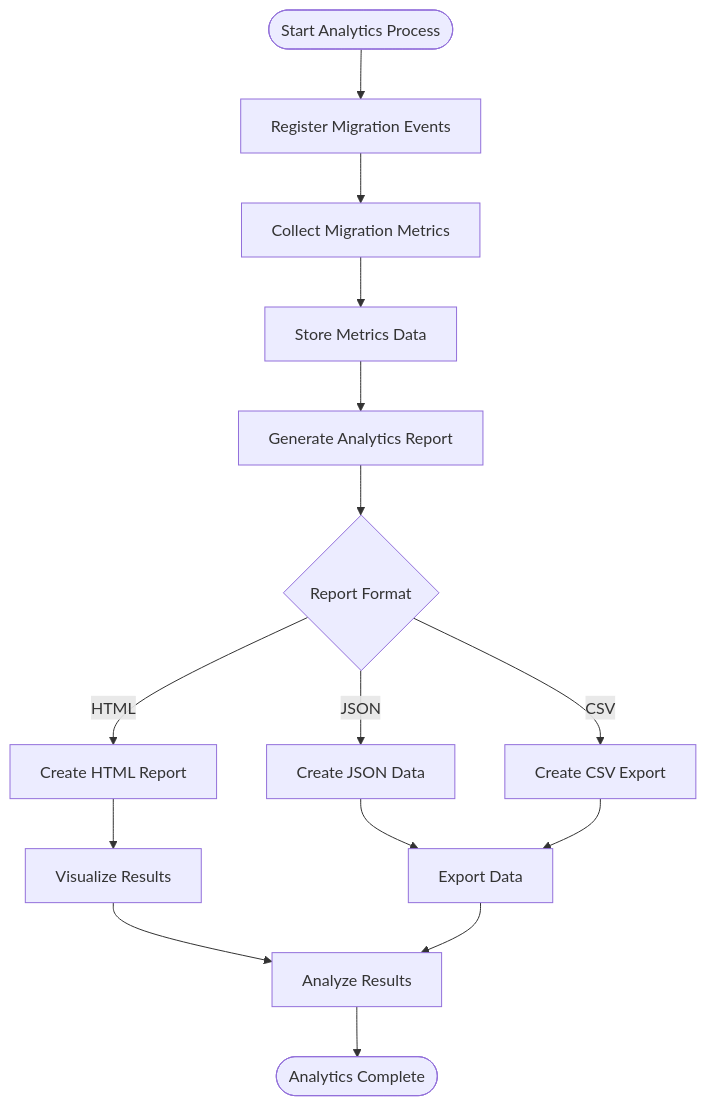
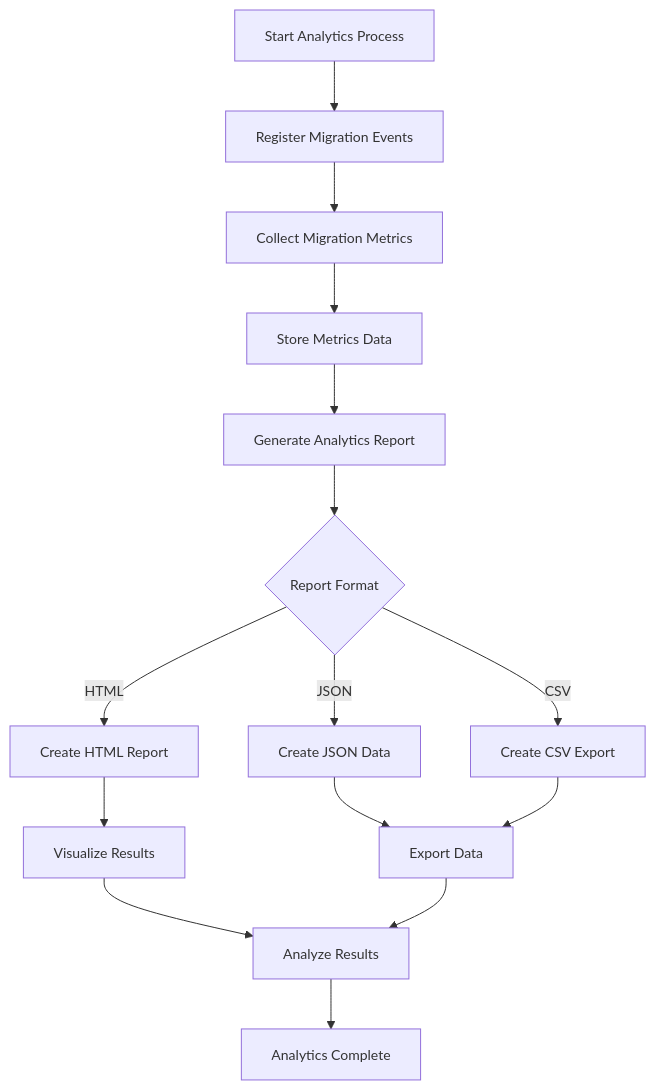
The fifth of 5 diagrams in docs/Workflow-Diagrams.md (alphaminmax/Workspace-One-to-Azure-Intune-Migration-Toolkit-MVP-Edition), drawn with Mermaid before and after one commit. The commit also changed other lines of this file and 10 other files, not shown here.

````diff
--- a/docs/Workflow-Diagrams.md
+++ b/docs/Workflow-Diagrams.md
@@ -88,17 +92,18 @@
 ```mermaid
-graph TD
-Start([Start Analytics Process]) --> RegisterEvents[Register Migration Events]
-RegisterEvents --> CollectMetrics[Collect Migration Metrics]
-CollectMetrics --> StoreData[Store Metrics Data]
-StoreData --> GenerateReport[Generate Analytics Report]
-GenerateReport --> ReportType{Report Format}
-ReportType -->|HTML| HTMLReport[Create HTML Report]
-ReportType -->|JSON| JSONReport[Create JSON Data]
-ReportType -->|CSV| CSVReport[Create CSV Export]
-HTMLReport --> Visualize[Visualize Results]
-JSONReport --> ExportData[Export Data]
-CSVReport --> ExportData
-Visualize --> AnalyzeResults[Analyze Results]
-ExportData --> AnalyzeResults
-AnalyzeResults --> Complete([Analytics Complete])
+%%{init: {'theme': 'default', 'themeVariables': { 'primaryColor': '#9966cb', 'fontSize': '14px'}}}%%
+flowchart TD
+A[Start Analytics Process] --> B[Register Migration Events]
+B --> C[Collect Migration Metrics]
+C --> D[Store Metrics Data]
+D --> E[Generate Analytics Report]
+E --> F{Report Format}
+F -->|HTML| G[Create HTML Report]
+F -->|JSON| H[Create JSON Data]
+F -->|CSV| I[Create CSV Export]
+G --> J[Visualize Results]
+H --> K[Export Data]
+I --> K
+J --> L[Analyze Results]
+K --> L
+L --> M[Analytics Complete]
 ``` 
````
